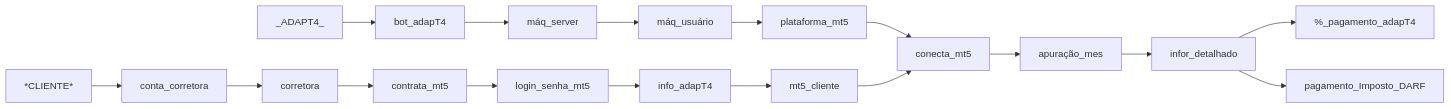
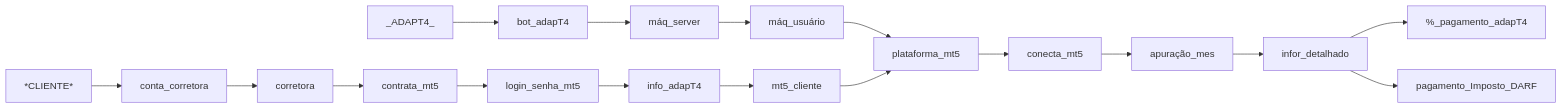
The diagram in README.md (viniciusdantasdc/Adapt4_invest), drawn with Mermaid before and after one commit. The commit also changed other lines of this file, not shown here.

````diff
--- a/README.md
+++ b/README.md
@@ -25,23 +25,23 @@
 ```mermaid
 graph LR;
 _ADAPT4_ --> bot_adapT4;
 bot_adapT4 --> máq_server;
 máq_server --> máq_usuário;
 máq_usuário --> plataforma_mt5;
 plataforma_mt5 --> conecta_mt5;
 
 *CLIENTE* --> conta_corretora;
 conta_corretora --> corretora;
 corretora--> contrata_mt5;
 contrata_mt5 --> login_senha_mt5;
 login_senha_mt5 --> info_adapT4;
 info_adapT4 --> mt5_cliente;
-mt5_cliente --> conecta_mt5;
+mt5_cliente --> plataforma_mt5;
 
 conecta_mt5 --> apuração_mes;
 apuração_mes --> infor_detalhado;
 infor_detalhado --> %_pagamento_adapT4;
 infor_detalhado --> pagamento_Imposto_DARF;
 
 
 ```
````
